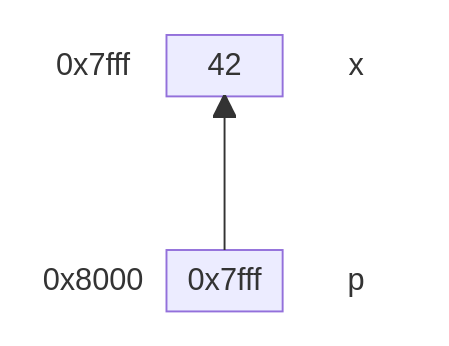
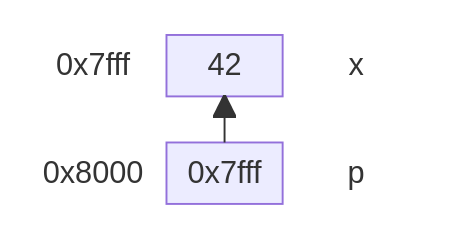
One commit to ElegantUniv/slidev-cpp changed the fifth of 7 diagrams in slides/pages/c-intro-01.md. Above: the diagram before and after it, drawn with Mermaid. The commit also changed other lines of this file and 4 other files, not shown here.

````diff
--- a/slides/pages/c-intro-01.md
+++ b/slides/pages/c-intro-01.md
@@ -714,19 +720,17 @@
 ```mermaid
 block
 columns 1
     block:XBLOCK
         XADDR["0x7fff"] X["42"] XVAR["x"]
     end
-    space
     block:PBLOCK
         PADDR["0x8000"] P["0x7fff"] PVAR["p"]
     end
 
     P ----> X
 
     %% 외곽선과 배경 제거
     classDef clean fill:none,stroke-width:0px
     class XBLOCK,XADDR,XVAR clean
     class PBLOCK,PADDR,PVAR clean
-
 ```
````
